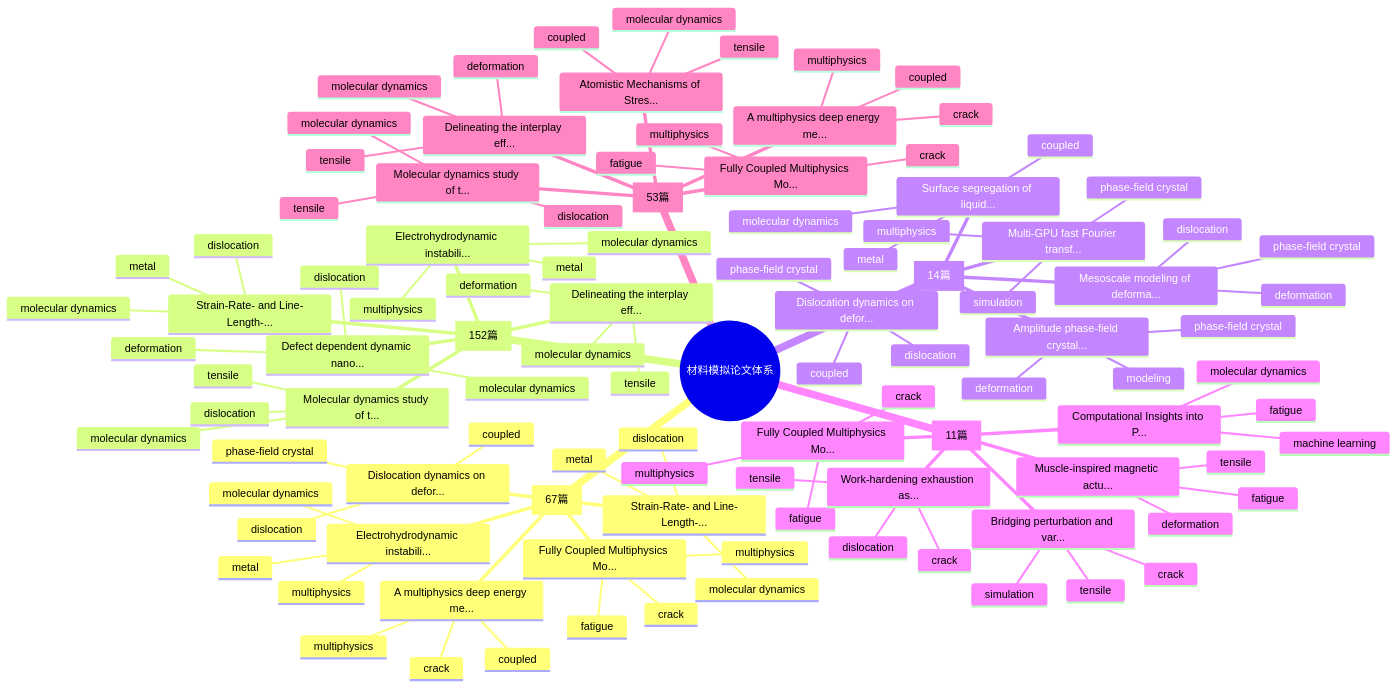
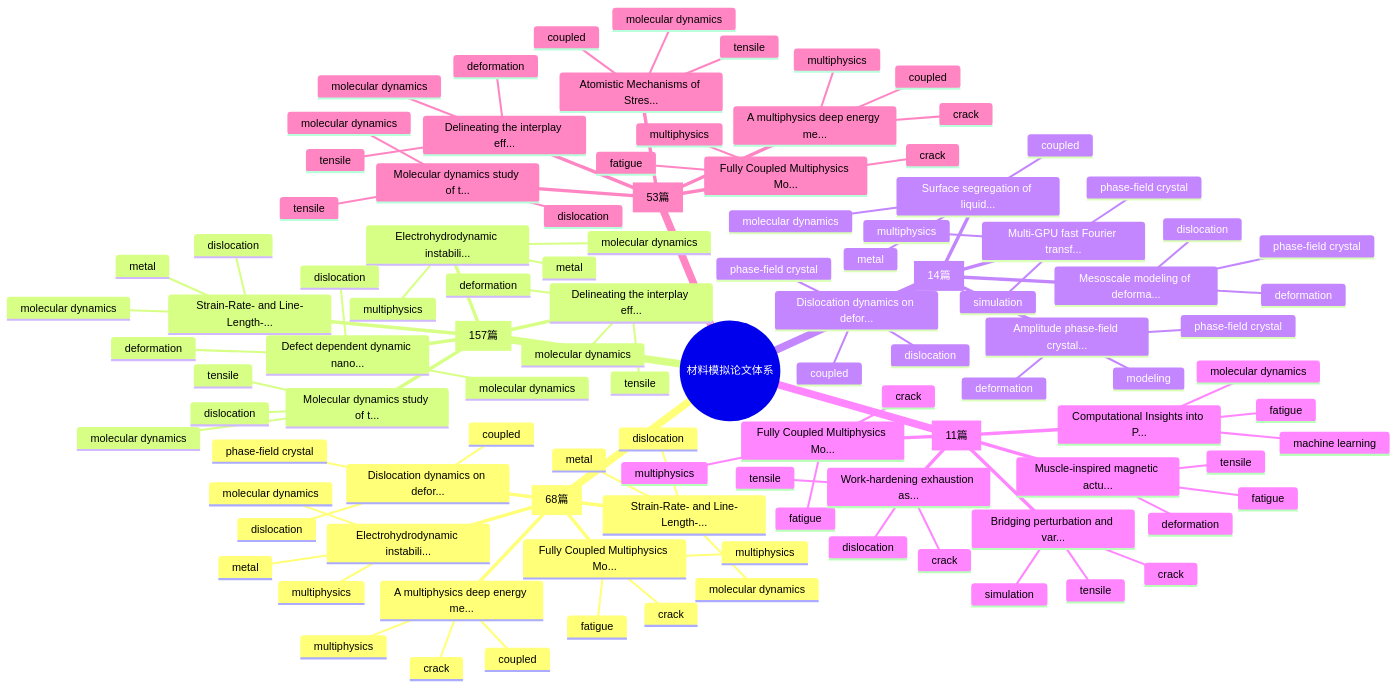
One commit to Shirakawa11111/BJK_readpaper changed the first of 2 diagrams in reports/knowledge_graph.md. Above: the diagram before and after it, drawn with Mermaid. The commit also changed other lines of this file and 11 other files, not shown here.

````diff
--- a/reports/knowledge_graph.md
+++ b/reports/knowledge_graph.md
@@ -7,7 +7,7 @@
 ```mermaid
 mindmap
   root((材料模拟论文体系))
-    Multiphysics Coupling [67篇]
+    Multiphysics Coupling [68篇]
       Fully Coupled Multiphysics Mo...
         fatigue
         multiphysics
@@ -28,7 +28,7 @@
         molecular dynamics
         dislocation
         metal
-    Molecular Dynamics [152篇]
+    Molecular Dynamics [157篇]
       Molecular dynamics study of t...
         molecular dynamics
         dislocation
````
